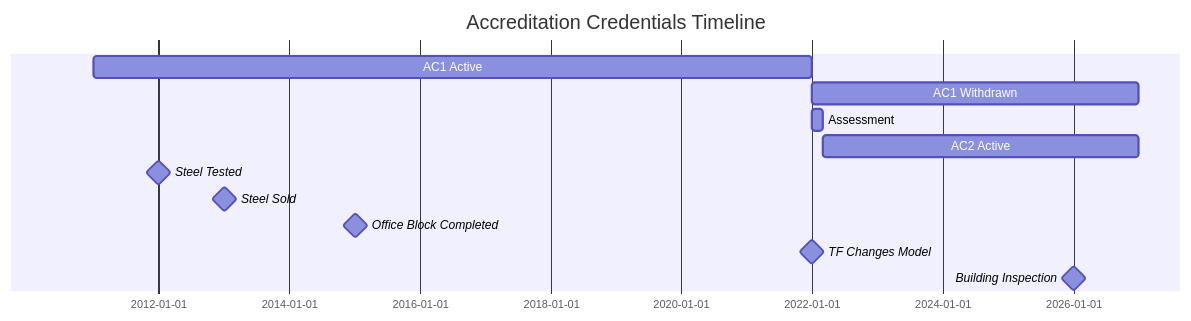
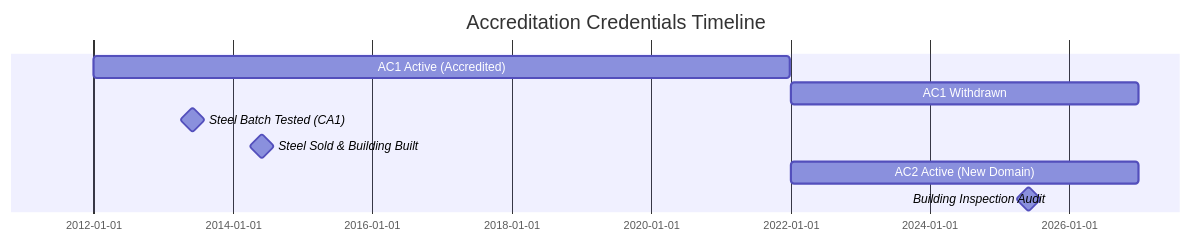
One commit to sezoo-digital/Verifiable-Credential-Papers changed the first of 3 diagrams in docs/lifeCycle.md. Above: the diagram before and after it, drawn with Mermaid. The commit also changed other lines of this file, not shown here.

````diff
--- a/docs/lifeCycle.md
+++ b/docs/lifeCycle.md
@@ -44,15 +35,11 @@
 ```mermaid
-
 gantt
     title Accreditation Credentials Timeline
     dateFormat YYYY-MM-DD
-    AC1 Active:ac1a, 2011-01-01, 2021-12-31
-    AC1 Withdrawn: ac1w, after ac1a, 2026-12-31 
-    Assessment: as1, after ac1a, 60d
-    AC2 Active:ac2a, after as1, 2026-12-31
-    Steel Tested :milestone, 2012-01-01, 0d
-    Steel Sold : milestone, 2013-01-01, 0d
-    Office Block Completed : milestone, 2015-01-01, 0d 
-    TF Changes Model : milestone, 2022-01-01,0d
-    Building Inspection: milestone, 2026-01-01,0d
+    AC1 Active (Accredited)       :ac1a, 2012-01-01, 2021-12-31
+    AC1 Withdrawn                 :ac1w, 2022-01-01, 2026-12-31 
+    Steel Batch Tested (CA1)      :milestone, 2013-06-01, 0d
+    Steel Sold & Building Built   :milestone, 2014-06-01, 0d 
+    AC2 Active (New Domain)       :ac2a, 2022-01-01, 2026-12-31
+    Building Inspection Audit     :milestone, 2025-06-01, 0d
 ```
````
